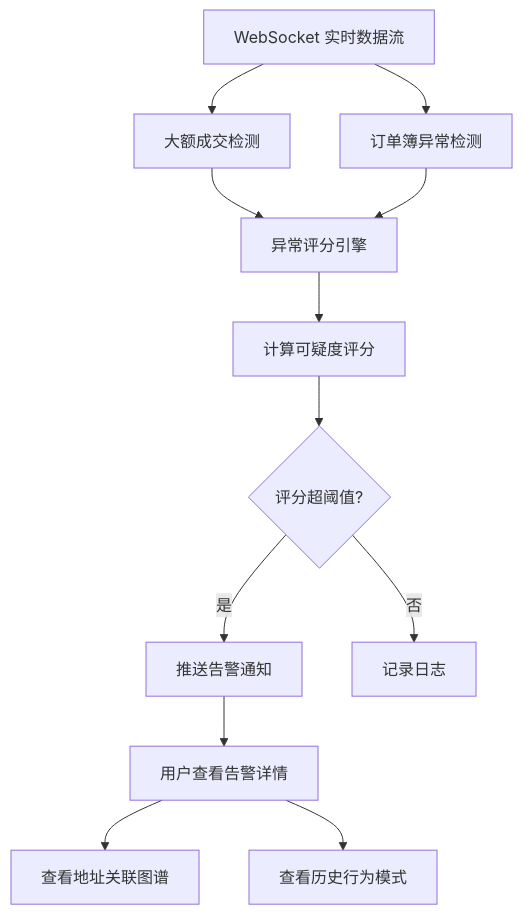
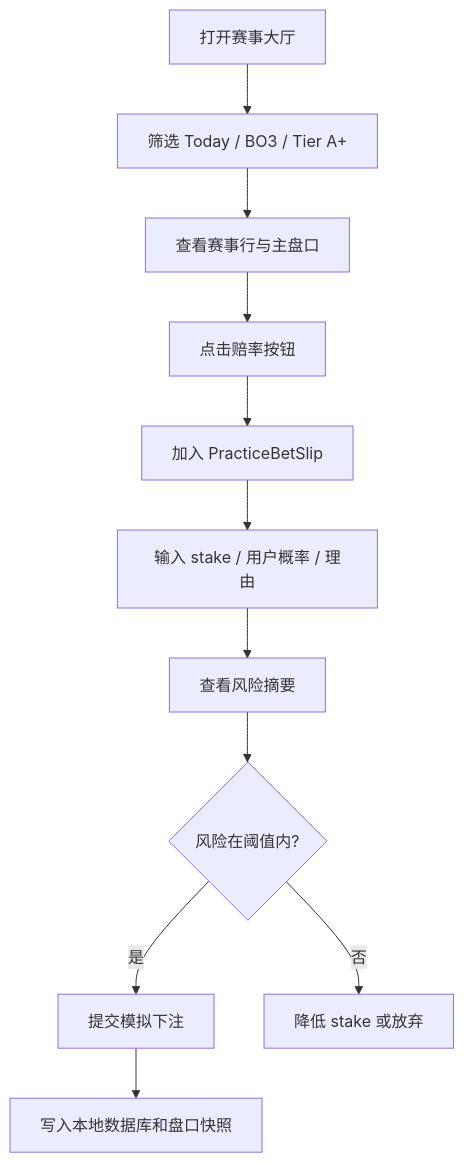
One commit to StrayShark/polyrader changed the first of 2 diagrams in .trae/documents/PRD.md. Above: the diagram before and after it, drawn with Mermaid. The commit also changed other lines of this file and 256 other files, not shown here.

````diff
--- a/.trae/documents/PRD.md
+++ b/.trae/documents/PRD.md
@@ -101,14 +189,13 @@
 ```mermaid
 flowchart TD
-    A["WebSocket 实时数据流"] --> B["大额成交检测"]
-    A --> C["订单簿异常检测"]
-    B --> D["异常评分引擎"]
-    C --> D
-    D --> E["计算可疑度评分"]
-    E --> F{评分超阈值?}
-    F -->|是| G["推送告警通知"]
-    F -->|否| H["记录日志"]
-    G --> I["用户查看告警详情"]
-    I --> J["查看地址关联图谱"]
-    I --> K["查看历史行为模式"]
+  A["打开赛事大厅"] --> B["筛选 Today / BO3 / Tier A+"]
+  B --> C["查看赛事行与主盘口"]
+  C --> D["点击赔率按钮"]
+  D --> E["加入 PracticeBetSlip"]
+  E --> F["输入 stake / 用户概率 / 理由"]
+  F --> G["查看风险摘要"]
+  G --> H{"风险在阈值内?"}
+  H -->|是| I["提交模拟下注"]
+  H -->|否| J["降低 stake 或放弃"]
+  I --> K["写入本地数据库和盘口快照"]
 ```
````
